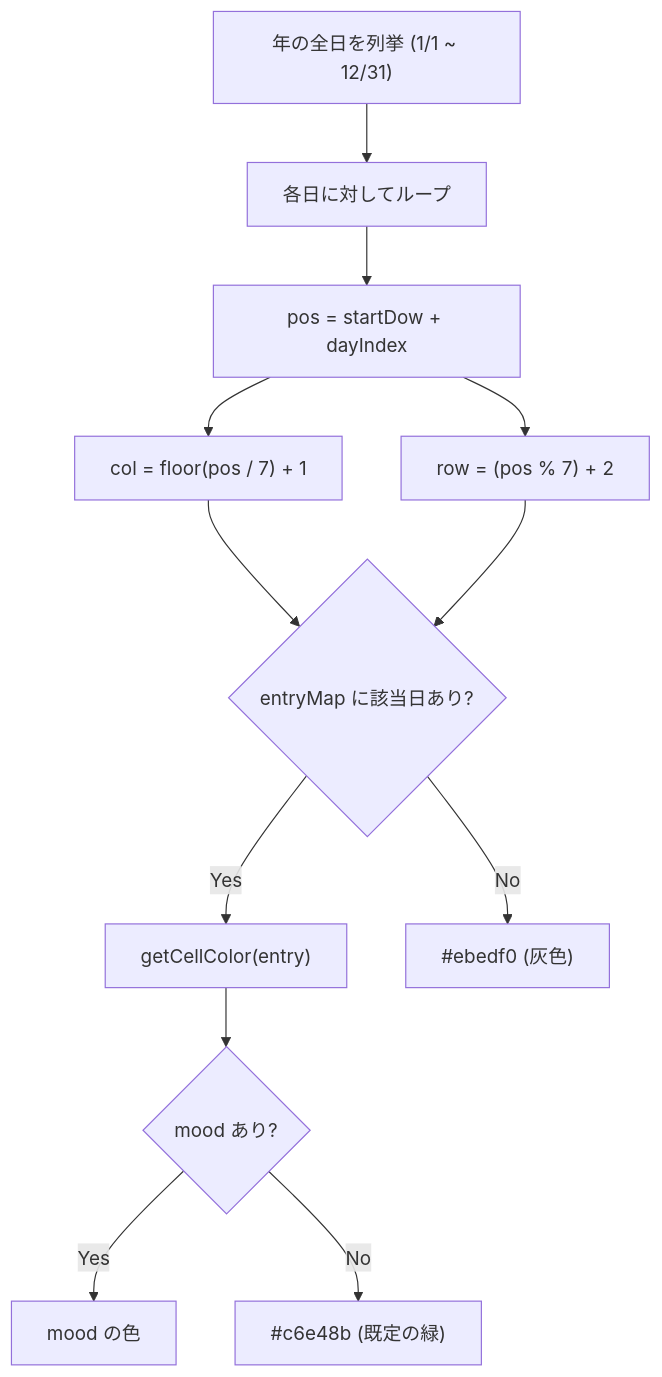
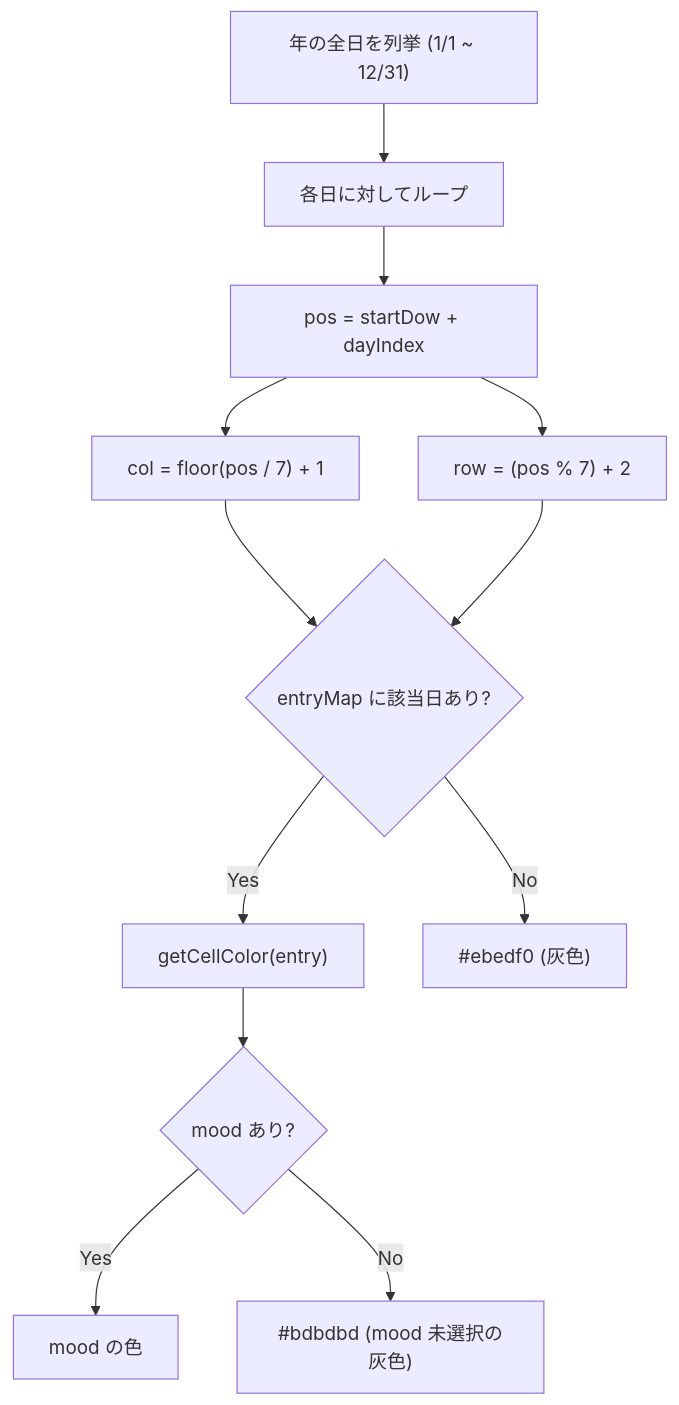
The second of 4 diagrams in docs/architecture/calendar.md (shimabox/400-diary), drawn with Mermaid before and after one commit. The commit also changed other lines of this file and 4 other files, not shown here.

Commit message:
architecture docsを現行実装に揃える (#45)

````diff
--- a/docs/architecture/calendar.md
+++ b/docs/architecture/calendar.md
@@ -50,13 +50,13 @@
 ```mermaid
 flowchart TD
     A["年の全日を列挙 (1/1 ~ 12/31)"] --> B[各日に対してループ]
     B --> C["pos = startDow + dayIndex"]
     C --> D["col = floor(pos / 7) + 1"]
     C --> E["row = (pos % 7) + 2"]
     D & E --> F{entryMap に該当日あり?}
     F -->|Yes| G["getCellColor(entry)"]
     F -->|No| H["#ebedf0 (灰色)"]
     G --> I{mood あり?}
     I -->|Yes| J[mood の色]
-    I -->|No| K["#c6e48b (既定の緑)"]
+    I -->|No| K["#bdbdbd (mood 未選択の灰色)"]
 ```
````
